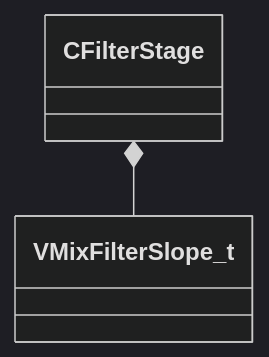
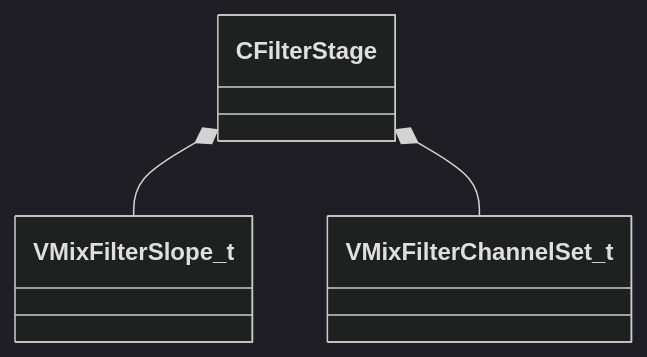
The diagram in docs/generated/schemas/sounddoc_lib/CFilterStage.md (CS2OpenDev/CS2OpenDev-Docs), drawn with Mermaid (dark theme) before and after one commit. The commit also changed other lines of this file and 4654 other files, not shown here.

Commit message:
docs: regenerate for SchemaTracker build 25947352 [skip ci]

````diff
--- a/docs/generated/schemas/sounddoc_lib/CFilterStage.md
+++ b/docs/generated/schemas/sounddoc_lib/CFilterStage.md
@@ -17,4 +17,5 @@
 ```mermaid
 classDiagram
     CFilterStage *-- VMixFilterSlope_t
+    CFilterStage *-- VMixFilterChannelSet_t
 ```
````
